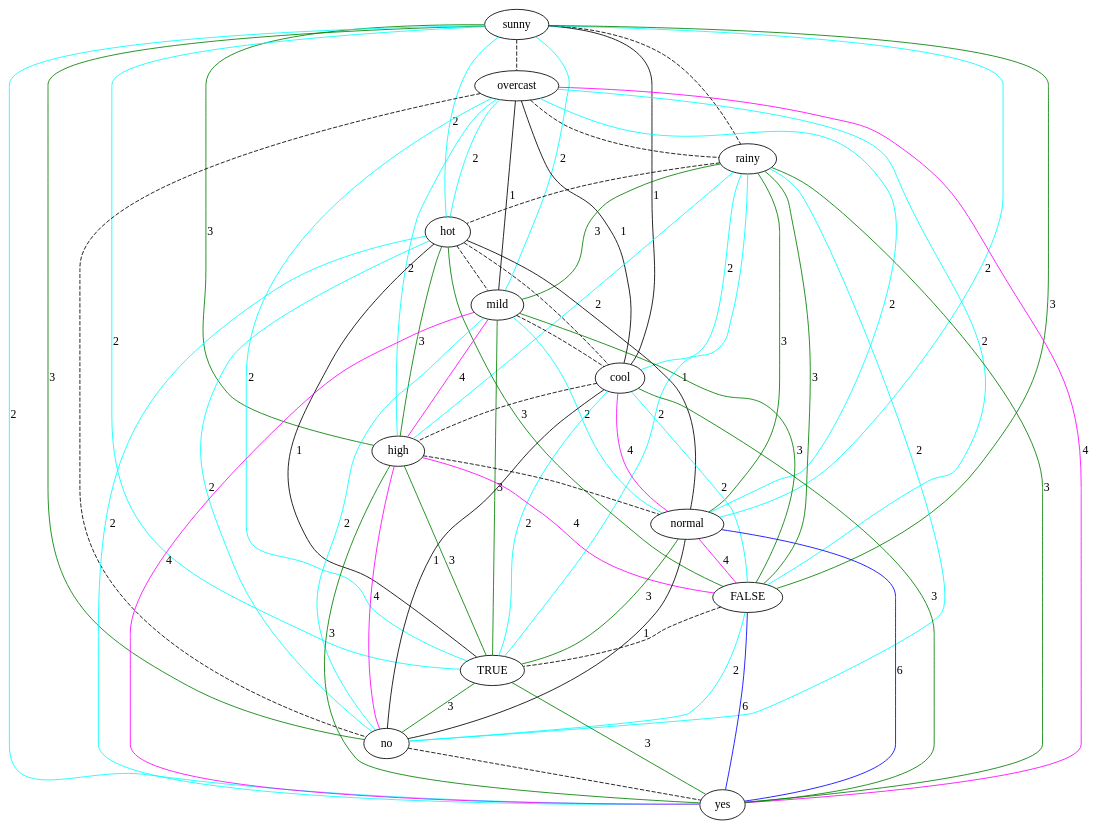
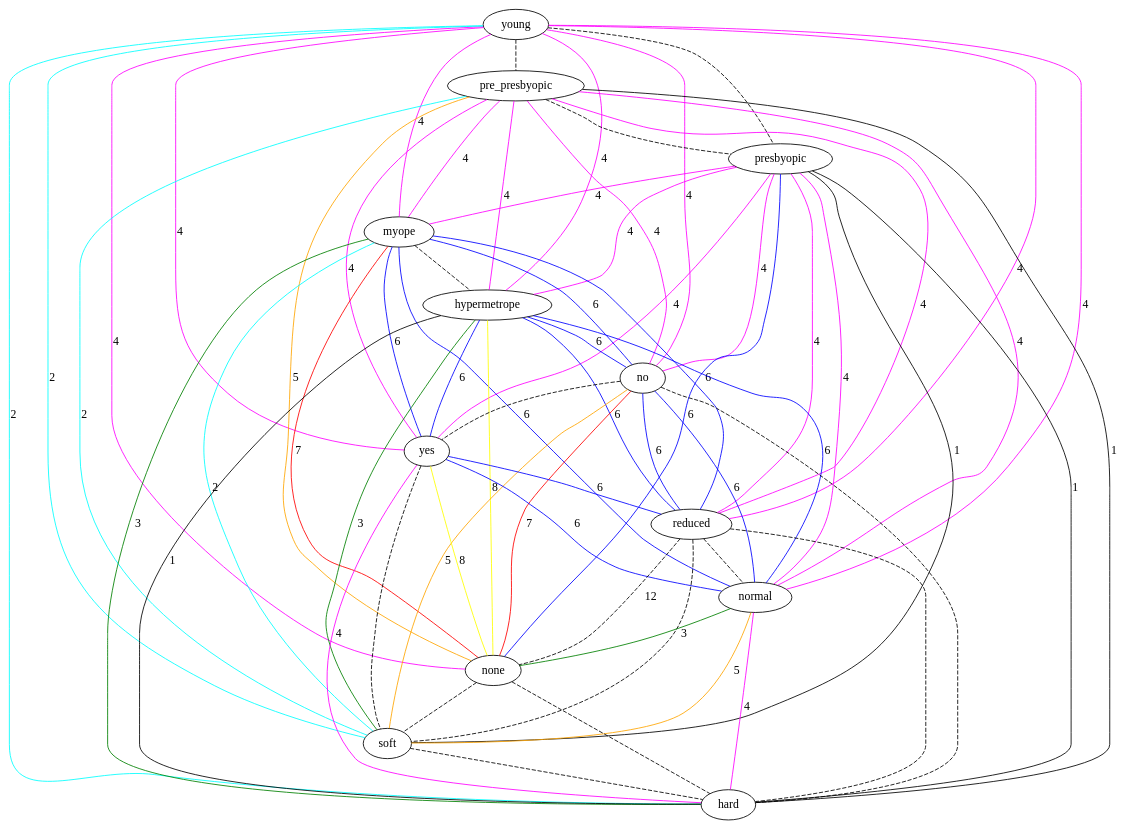
One commit to lrodrin/TFG changed the diagram in src/final/linearGraph.dot. Above: the diagram before and after it, drawn with Graphviz. The commit also changed 25 other files, not shown here.

```diff
--- a/src/final/linearGraph.dot
+++ b/src/final/linearGraph.dot
@@ -1,80 +1,80 @@
 strict graph "" {
-sunny;
-overcast;
-rainy;
-hot;
-mild;
-cool;
-high;
-normal;
-FALSE;
-TRUE;
+young;
+pre_presbyopic;
+presbyopic;
+myope;
+hypermetrope;
 no;
 yes;
-sunny -- overcast  [color=black, style=dashed];
-sunny -- rainy  [color=black, style=dashed];
-sunny -- hot  [color=cyan, label=2, style=solid];
-sunny -- mild  [color=cyan, label=2, style=solid];
-sunny -- cool  [color=black, label=1, style=solid];
-sunny -- high  [color=green, label=3, style=solid];
-sunny -- normal  [color=cyan, label=2, style=solid];
-sunny -- FALSE  [color=green, label=3, style=solid];
-sunny -- TRUE  [color=cyan, label=2, style=solid];
-sunny -- no  [color=green, label=3, style=solid];
-sunny -- yes  [color=cyan, label=2, style=solid];
-overcast -- rainy  [color=black, style=dashed];
-overcast -- hot  [color=cyan, label=2, style=solid];
-overcast -- mild  [color=black, label=1, style=solid];
-overcast -- cool  [color=black, label=1, style=solid];
-overcast -- high  [color=cyan, label=2, style=solid];
-overcast -- normal  [color=cyan, label=2, style=solid];
-overcast -- FALSE  [color=cyan, label=2, style=solid];
-overcast -- TRUE  [color=cyan, label=2, style=solid];
-overcast -- no  [color=black, style=dashed];
-overcast -- yes  [color=magenta, label=4, style=solid];
-rainy -- hot  [color=black, style=dashed];
-rainy -- mild  [color=green, label=3, style=solid];
-rainy -- cool  [color=cyan, label=2, style=solid];
-rainy -- high  [color=cyan, label=2, style=solid];
-rainy -- normal  [color=green, label=3, style=solid];
-rainy -- FALSE  [color=green, label=3, style=solid];
-rainy -- TRUE  [color=cyan, label=2, style=solid];
-rainy -- no  [color=cyan, label=2, style=solid];
-rainy -- yes  [color=green, label=3, style=solid];
-hot -- mild  [color=black, style=dashed];
-hot -- cool  [color=black, style=dashed];
-hot -- high  [color=green, label=3, style=solid];
-hot -- normal  [color=black, label=1, style=solid];
-hot -- FALSE  [color=green, label=3, style=solid];
-hot -- TRUE  [color=black, label=1, style=solid];
-hot -- no  [color=cyan, label=2, style=solid];
-hot -- yes  [color=cyan, label=2, style=solid];
-mild -- cool  [color=black, style=dashed];
-mild -- high  [color=magenta, label=4, style=solid];
-mild -- normal  [color=cyan, label=2, style=solid];
-mild -- FALSE  [color=green, label=3, style=solid];
-mild -- TRUE  [color=green, label=3, style=solid];
-mild -- no  [color=cyan, label=2, style=solid];
-mild -- yes  [color=magenta, label=4, style=solid];
-cool -- high  [color=black, style=dashed];
-cool -- normal  [color=magenta, label=4, style=solid];
-cool -- FALSE  [color=cyan, label=2, style=solid];
-cool -- TRUE  [color=cyan, label=2, style=solid];
-cool -- no  [color=black, label=1, style=solid];
-cool -- yes  [color=green, label=3, style=solid];
-high -- normal  [color=black, style=dashed];
-high -- FALSE  [color=magenta, label=4, style=solid];
-high -- TRUE  [color=green, label=3, style=solid];
-high -- no  [color=magenta, label=4, style=solid];
-high -- yes  [color=green, label=3, style=solid];
-normal -- FALSE  [color=magenta, label=4, style=solid];
-normal -- TRUE  [color=green, label=3, style=solid];
-normal -- no  [color=black, label=1, style=solid];
-normal -- yes  [color=blue, label=6, style=solid];
-FALSE -- TRUE  [color=black, style=dashed];
-FALSE -- no  [color=cyan, label=2, style=solid];
-FALSE -- yes  [color=blue, label=6, style=solid];
-TRUE -- no  [color=green, label=3, style=solid];
-TRUE -- yes  [color=green, label=3, style=solid];
+reduced;
+normal;
+none;
+soft;
+hard;
+young -- pre_presbyopic  [color=black, style=dashed];
+young -- presbyopic  [color=black, style=dashed];
+young -- myope  [color=magenta, label=4, style=solid];
+young -- hypermetrope  [color=magenta, label=4, style=solid];
+young -- no  [color=magenta, label=4, style=solid];
+young -- yes  [color=magenta, label=4, style=solid];
+young -- reduced  [color=magenta, label=4, style=solid];
+young -- normal  [color=magenta, label=4, style=solid];
+young -- none  [color=magenta, label=4, style=solid];
+young -- soft  [color=cyan, label=2, style=solid];
+young -- hard  [color=cyan, label=2, style=solid];
+pre_presbyopic -- presbyopic  [color=black, style=dashed];
+pre_presbyopic -- myope  [color=magenta, label=4, style=solid];
+pre_presbyopic -- hypermetrope  [color=magenta, label=4, style=solid];
+pre_presbyopic -- no  [color=magenta, label=4, style=solid];
+pre_presbyopic -- yes  [color=magenta, label=4, style=solid];
+pre_presbyopic -- reduced  [color=magenta, label=4, style=solid];
+pre_presbyopic -- normal  [color=magenta, label=4, style=solid];
+pre_presbyopic -- none  [color=orange, label=5, style=solid];
+pre_presbyopic -- soft  [color=cyan, label=2, style=solid];
+pre_presbyopic -- hard  [color=black, label=1, style=solid];
+presbyopic -- myope  [color=magenta, label=4, style=solid];
+presbyopic -- hypermetrope  [color=magenta, label=4, style=solid];
+presbyopic -- no  [color=magenta, label=4, style=solid];
+presbyopic -- yes  [color=magenta, label=4, style=solid];
+presbyopic -- reduced  [color=magenta, label=4, style=solid];
+presbyopic -- normal  [color=magenta, label=4, style=solid];
+presbyopic -- none  [color=blue, label=6, style=solid];
+presbyopic -- soft  [color=black, label=1, style=solid];
+presbyopic -- hard  [color=black, label=1, style=solid];
+myope -- hypermetrope  [color=black, style=dashed];
+myope -- no  [color=blue, label=6, style=solid];
+myope -- yes  [color=blue, label=6, style=solid];
+myope -- reduced  [color=blue, label=6, style=solid];
+myope -- normal  [color=blue, label=6, style=solid];
+myope -- none  [color=red, label=7, style=solid];
+myope -- soft  [color=cyan, label=2, style=solid];
+myope -- hard  [color=green, label=3, style=solid];
+hypermetrope -- no  [color=blue, label=6, style=solid];
+hypermetrope -- yes  [color=blue, label=6, style=solid];
+hypermetrope -- reduced  [color=blue, label=6, style=solid];
+hypermetrope -- normal  [color=blue, label=6, style=solid];
+hypermetrope -- none  [color=yellow, label=8, style=solid];
+hypermetrope -- soft  [color=green, label=3, style=solid];
+hypermetrope -- hard  [color=black, label=1, style=solid];
 no -- yes  [color=black, style=dashed];
+no -- reduced  [color=blue, label=6, style=solid];
+no -- normal  [color=blue, label=6, style=solid];
+no -- none  [color=red, label=7, style=solid];
+no -- soft  [color=orange, label=5, style=solid];
+no -- hard  [color=black, style=dashed];
+yes -- reduced  [color=blue, label=6, style=solid];
+yes -- normal  [color=blue, label=6, style=solid];
+yes -- none  [color=yellow, label=8, style=solid];
+yes -- soft  [color=black, style=dashed];
+yes -- hard  [color=magenta, label=4, style=solid];
+reduced -- normal  [color=black, style=dashed];
+reduced -- none  [color=black, label=12, style=dashed];
+reduced -- soft  [color=black, style=dashed];
+reduced -- hard  [color=black, style=dashed];
+normal -- none  [color=green, label=3, style=solid];
+normal -- soft  [color=orange, label=5, style=solid];
+normal -- hard  [color=magenta, label=4, style=solid];
+none -- soft  [color=black, style=dashed];
+none -- hard  [color=black, style=dashed];
+soft -- hard  [color=black, style=dashed];
 }
```
